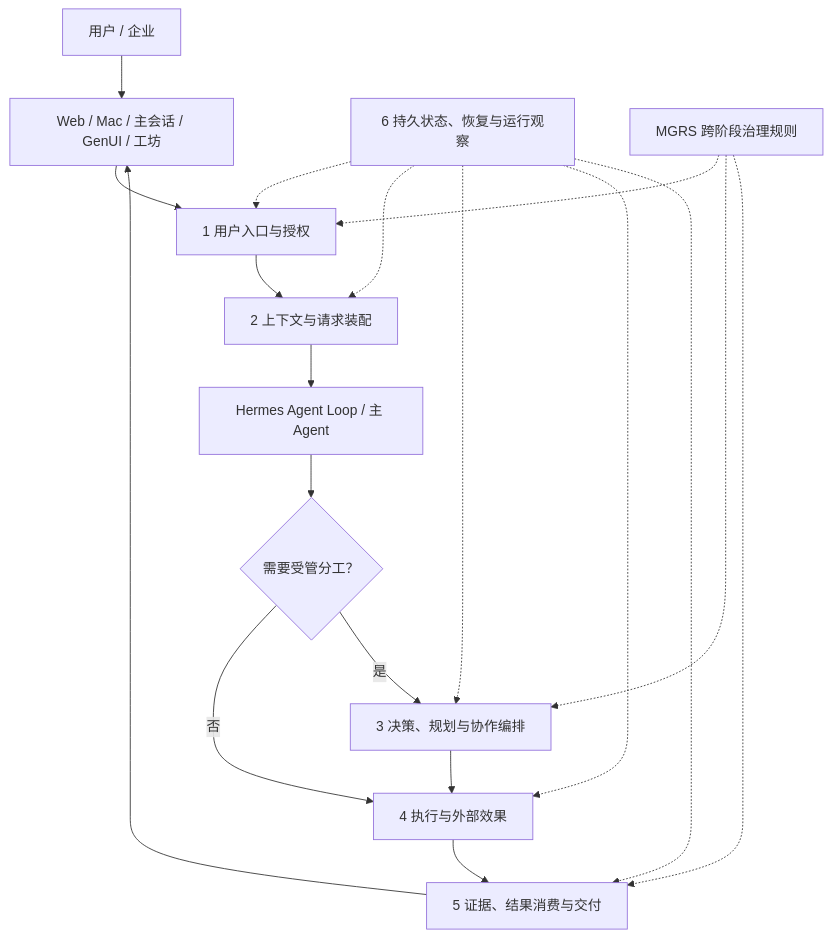
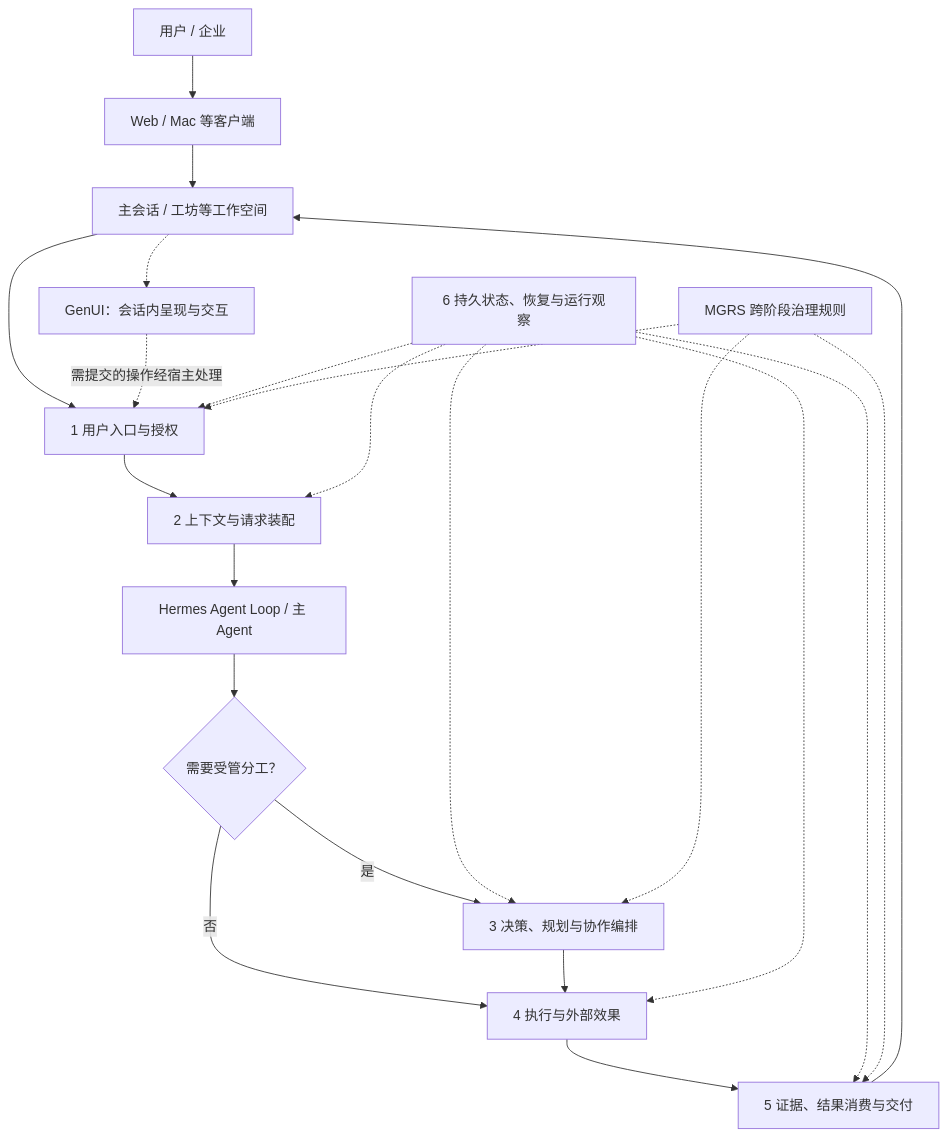
One commit to mor765504-gif/MGRS changed the diagram in MGRS.md. Above: the diagram before and after it, drawn with Mermaid. The commit also changed other lines of this file and 3 other files, not shown here.

````diff
--- a/MGRS.md
+++ b/MGRS.md
@@ -9,21 +9,24 @@
 ```mermaid
 flowchart TB
-    USER["用户 / 企业"] --> UI["Web / Mac / 主会话 / GenUI / 工坊"]
-    UI --> P1["1 用户入口与授权"]
+    USER["用户 / 企业"] --> CLIENT["Web / Mac 等客户端"]
+    CLIENT --> SPACE["主会话 / 工坊等工作空间"]
+    SPACE --> P1["1 用户入口与授权"]
+    SPACE -.-> GENUI["GenUI：会话内呈现与交互"]
+    GENUI -.->|"需提交的操作经宿主处理"| P1
     P1 --> P2["2 上下文与请求装配"]
     P2 --> AGENT["Hermes Agent Loop / 主 Agent"]
     AGENT --> DECIDE{"需要受管分工？"}
     DECIDE -->|"否"| P4["4 执行与外部效果"]
     DECIDE -->|"是"| P3["3 决策、规划与协作编排"]
     P3 --> P4
     P4 --> P5["5 证据、结果消费与交付"]
-    P5 --> UI
+    P5 --> SPACE
     STATE["6 持久状态、恢复与运行观察"] -.-> P1
     STATE -.-> P2
     STATE -.-> P3
     STATE -.-> P4
     STATE -.-> P5
     RULE["MGRS 跨阶段治理规则"] -.-> P1
     RULE -.-> P3
     RULE -.-> P5
 ```
````
